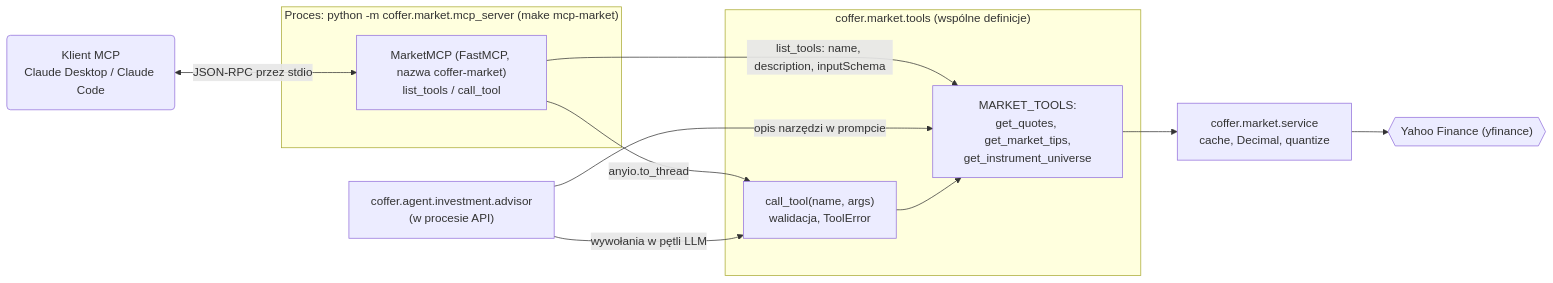
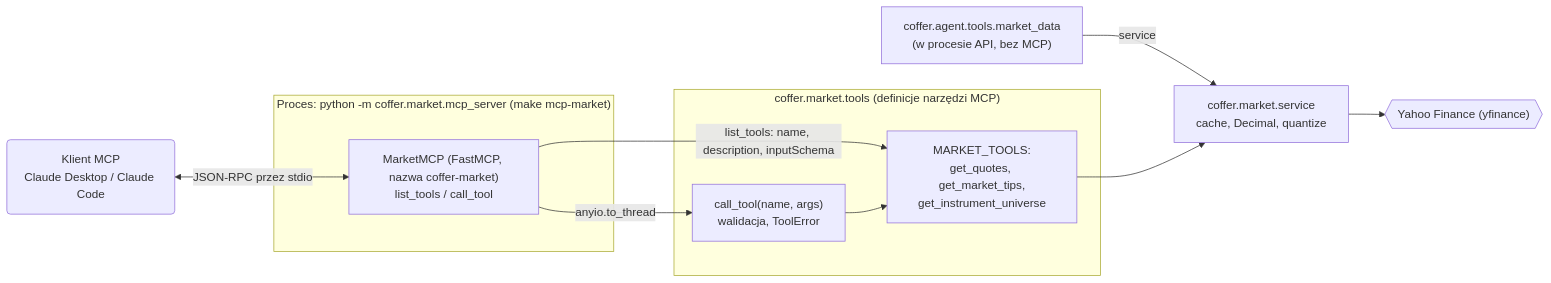
One commit to krzysztof-wojtowicz/coffer-demo changed the sixth of 8 diagrams in docs/architecture.md. Above: the diagram before and after it, drawn with Mermaid. The commit also changed other lines of this file and 216 other files, not shown here.

````diff
--- a/docs/architecture.md
+++ b/docs/architecture.md
@@ -304,26 +353,25 @@
 ```mermaid
 flowchart LR
     client("Klient MCP<br/>Claude Desktop / Claude Code")
 
     subgraph proc["Proces: python -m coffer.market.mcp_server (make mcp-market)"]
         srv["MarketMCP (FastMCP, nazwa coffer-market)<br/>list_tools / call_tool"]
     end
 
-    subgraph shared["coffer.market.tools (wspólne definicje)"]
+    subgraph shared["coffer.market.tools (definicje narzędzi MCP)"]
         tools["MARKET_TOOLS:<br/>get_quotes, get_market_tips,<br/>get_instrument_universe"]
         calltool["call_tool(name, args)<br/>walidacja, ToolError"]
     end
 
     svc["coffer.market.service<br/>cache, Decimal, quantize"]
     yahoo3{{"Yahoo Finance (yfinance)"}}
-    advisor["coffer.agent.investment.advisor<br/>(w procesie API)"]
+    agenttools["coffer.agent.tools.market_data<br/>(w procesie API, bez MCP)"]
 
     client <-->|"JSON-RPC przez stdio"| srv
     srv -->|"list_tools: name, description, inputSchema"| tools
     srv -->|"anyio.to_thread"| calltool
-    advisor -->|"opis narzędzi w prompcie"| tools
-    advisor -->|"wywołania w pętli LLM"| calltool
+    agenttools -->|"service"| svc
     calltool --> tools
     tools --> svc
     svc --> yahoo3
 ```
````
